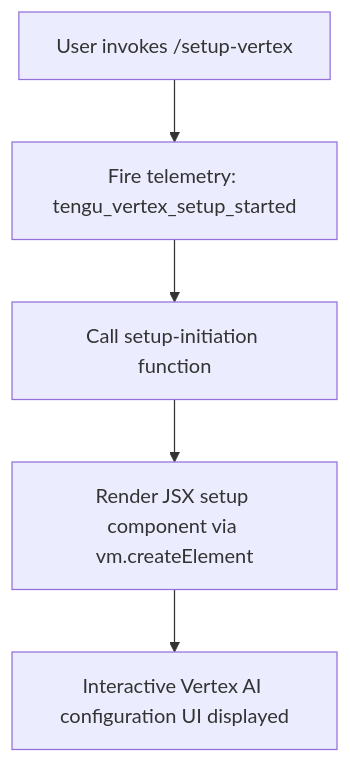
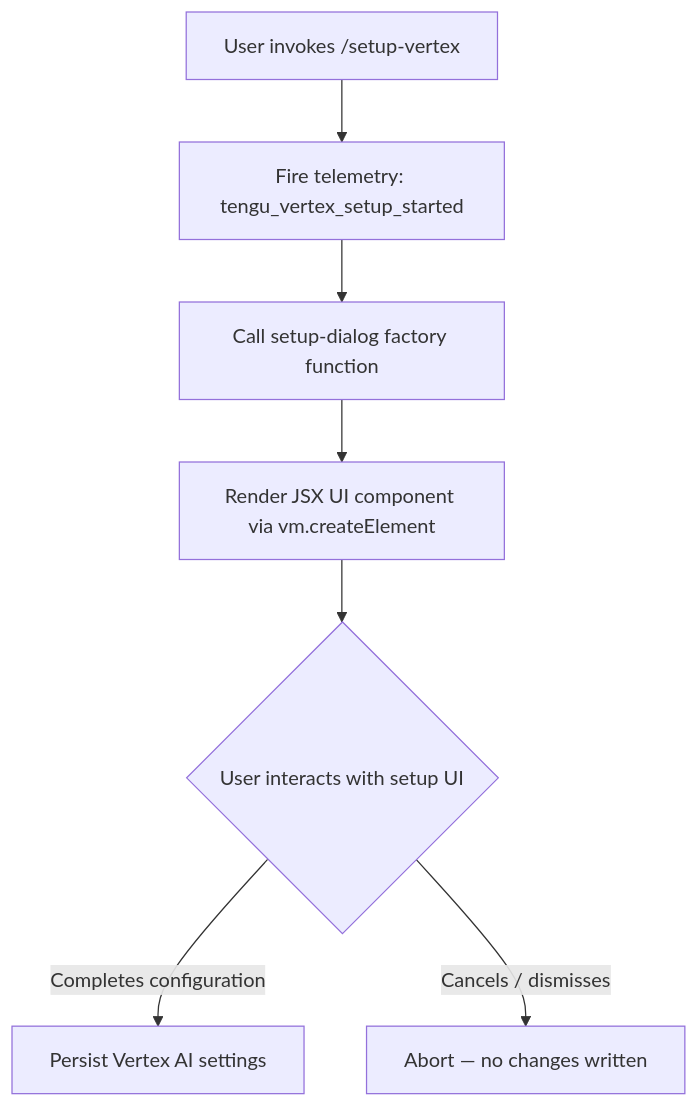
The diagram in versions/v2.1.132/setup-vertex.md (MyLittleLuckyDog/cc-gnothi), drawn with Mermaid before and after one commit. The commit also changed other lines of this file and 96 other files, not shown here.

````diff
--- a/versions/v2.1.132/setup-vertex.md
+++ b/versions/v2.1.132/setup-vertex.md
@@ -46,7 +54,9 @@
 ```mermaid
 flowchart TD
     A[User invokes /setup-vertex] --> B[Fire telemetry: tengu_vertex_setup_started]
-    B --> C[Call setup-initiation function]
-    C --> D[Render JSX setup component via vm.createElement]
-    D --> E[Interactive Vertex AI configuration UI displayed]
+    B --> C[Call setup-dialog factory function]
+    C --> D[Render JSX UI component via vm.createElement]
+    D --> E{User interacts with setup UI}
+    E -->|Completes configuration| F[Persist Vertex AI settings]
+    E -->|Cancels / dismisses| G[Abort — no changes written]
 ```
````
